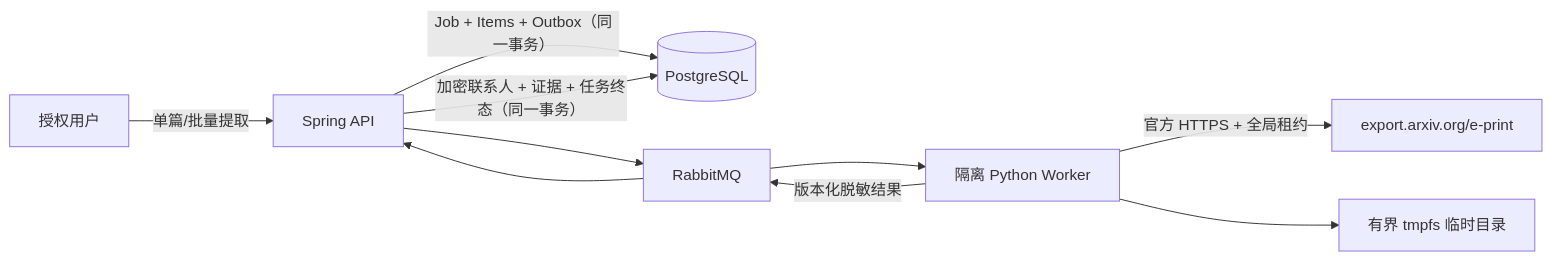
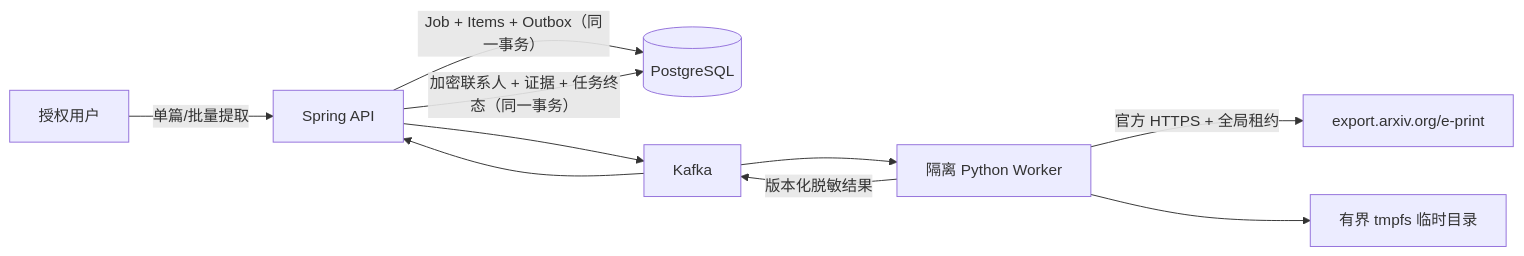
One commit to MRNOBODY-ZST/CaMelArxivAdv changed the diagram in docs/TEX_EXTRACTION.md. Above: the diagram before and after it, drawn with Mermaid. The commit also changed other lines of this file and 35 other files, not shown here.

````diff
--- a/docs/TEX_EXTRACTION.md
+++ b/docs/TEX_EXTRACTION.md
@@ -7,12 +7,12 @@
 ```mermaid
 flowchart LR
     U["授权用户"] -->|"单篇/批量提取"| A["Spring API"]
     A -->|"Job + Items + Outbox（同一事务）"| P[("PostgreSQL")]
-    A --> Q["RabbitMQ"]
+    A --> Q["Kafka"]
     Q --> W["隔离 Python Worker"]
     W -->|"官方 HTTPS + 全局租约"| X["export.arxiv.org/e-print"]
     W --> T["有界 tmpfs 临时目录"]
     W -->|"版本化脱敏结果"| Q
     Q --> A
     A -->|"加密联系人 + 证据 + 任务终态（同一事务）"| P
 ```
````
